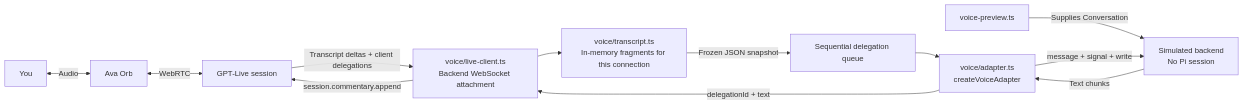
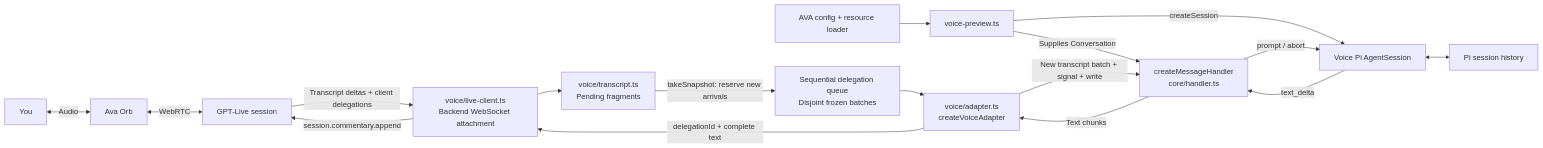
The second of 9 diagrams in ARCHITECTURE.md (fjeansilva/ava-personal-assistant), drawn with Mermaid before and after one commit. The commit also changed other lines of this file and 7 other files, not shown here.

Commit message:
feat(voice): connect Pi with incremental transcript batches

````diff
--- a/ARCHITECTURE.md
+++ b/ARCHITECTURE.md
@@ -59,14 +59,19 @@
 ```mermaid
 flowchart LR
     User["You"] <-->|"Audio"| Orb["Ava Orb"]
     Orb <-->|"WebRTC"| Live["GPT-Live session"]
     Live -->|"Transcript deltas + client delegations"| Client["voice/live-client.ts<br/>Backend WebSocket attachment"]
-    Client --> Buffer["voice/transcript.ts<br/>In-memory fragments for this connection"]
-    Buffer -->|"Frozen JSON snapshot"| Queue["Sequential delegation queue"]
+    Client --> Buffer["voice/transcript.ts<br/>Pending fragments"]
+    Buffer -->|"takeSnapshot: reserve new arrivals"| Queue["Sequential delegation queue<br/>Disjoint frozen batches"]
     Queue --> Adapter["voice/adapter.ts<br/>createVoiceAdapter"]
-    Preview["voice-preview.ts"] -->|"Supplies Conversation"| Mock["Simulated backend<br/>No Pi session"]
-    Adapter -->|"message + signal + write"| Mock
-    Mock -->|"Text chunks"| Adapter
-    Adapter -->|"delegationId + text"| Client
+    Settings["AVA config + resource loader"] --> Preview["voice-preview.ts"]
+    Preview -->|"createSession"| Pi["Voice Pi AgentSession"]
+    Preview -->|"Supplies Conversation"| Handler["createMessageHandler<br/>core/handler.ts"]
+    Adapter -->|"New transcript batch + signal + write"| Handler
+    Handler -->|"prompt / abort"| Pi
+    Pi -->|"text_delta"| Handler
+    Handler -->|"Text chunks"| Adapter
+    Pi <--> History["Pi session history"]
+    Adapter -->|"delegationId + complete text"| Client
     Client -->|"session.commentary.append"| Live
 ```
````
